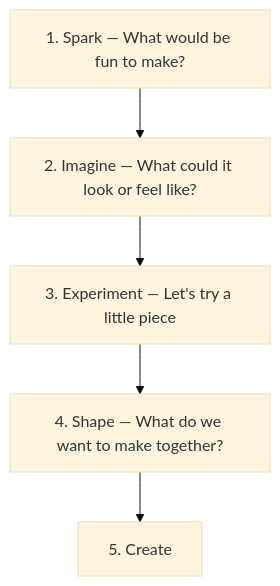
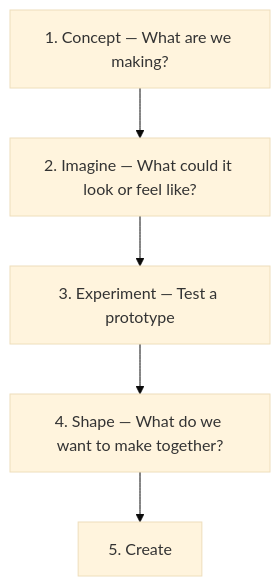
Before and after one commit to nvidela-dev/nakama: the seventh of 12 diagrams in docs/flows.md, drawn with Mermaid (base theme). The commit also changed other lines of this file and 22 other files, not shown here.

````diff
--- a/docs/flows.md
+++ b/docs/flows.md
@@ -93,7 +93,7 @@
 ```mermaid
 flowchart TD
-  C1["1. Spark — What would be fun to make?"] --> C2["2. Imagine — What could it look or feel like?"]
-  C2 --> C3["3. Experiment — Let's try a little piece"]
+  C1["1. Concept — What are we making?"] --> C2["2. Imagine — What could it look or feel like?"]
+  C2 --> C3["3. Experiment — Test a prototype"]
   C3 --> C4["4. Shape — What do we want to make together?"]
   C4 --> C5["5. Create"]
 ```
````
